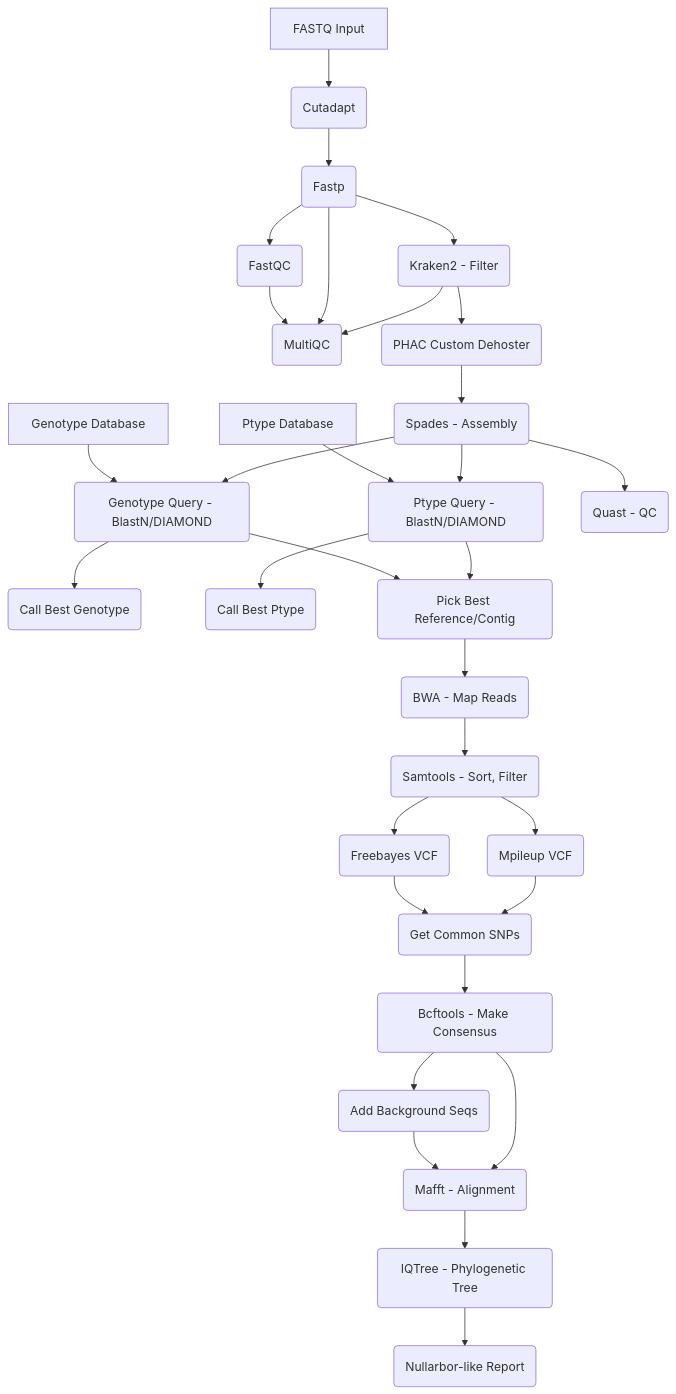
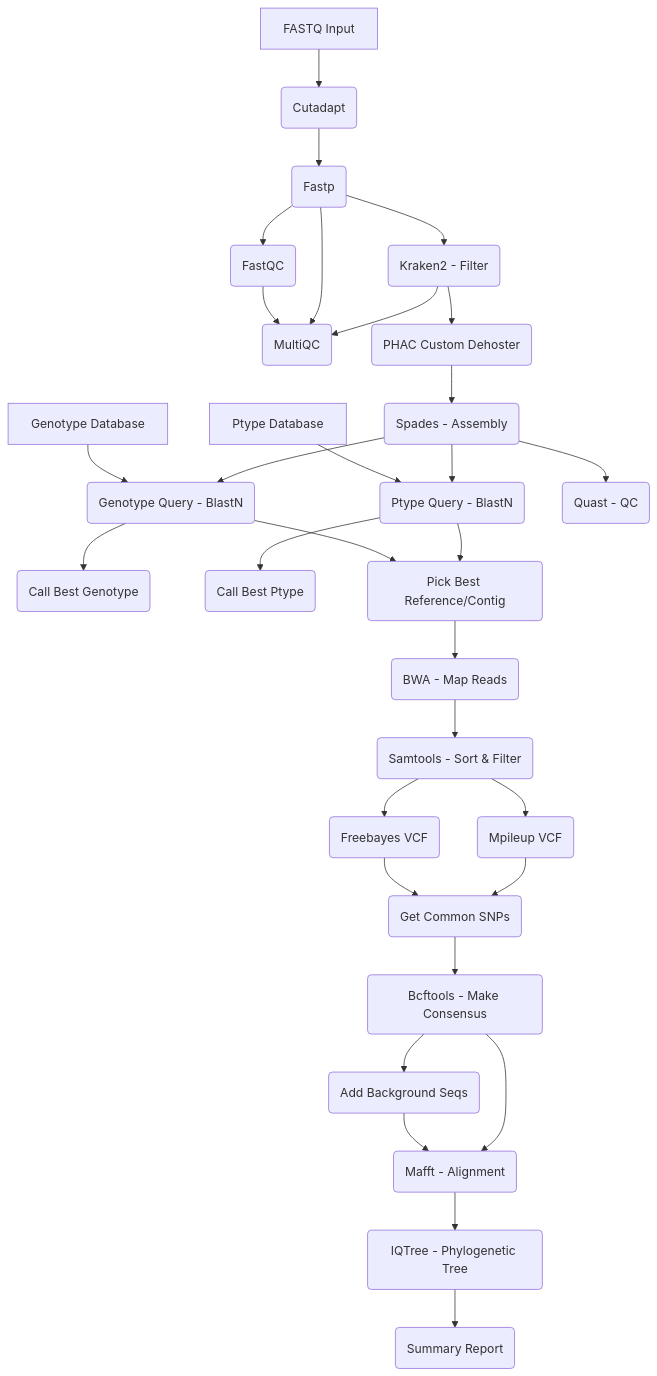
Before and after one commit to BCCDC-PHL/noro-typing-nf: the diagram in README.md, drawn with Mermaid. The commit also changed other lines of this file, not shown here.

````diff
--- a/README.md
+++ b/README.md
@@ -4,35 +21,35 @@
 ```mermaid
 graph TD
 A[FASTQ Input]  --> AA(Cutadapt)
 AA --> D(Fastp)
 D--> B(FastQC)
 B --> C(MultiQC) 
 D --> C
 D --> G(Kraken2 - Filter)
 G --> C
 G --> I(PHAC Custom Dehoster)
 I --> J(Spades - Assembly)
-X[Genotype Database] --> K(Genotype Query - BlastN/DIAMOND)
-Y[Ptype Database] --> KA(Ptype Query - BlastN/DIAMOND)
+X[Genotype Database] --> K(Genotype Query - BlastN)
+Y[Ptype Database] --> KA(Ptype Query - BlastN)
 K --> KC(Call Best Genotype)
 KA --> KD(Call Best Ptype)
 K --> KE(Pick Best Reference/Contig)
 KA --> KE
 J --> K
 J --> KA
 J --> KB(Quast - QC)
 KE --> M(BWA - Map Reads)
-M --> N(Samtools - Sort, Filter)
+M --> N(Samtools - Sort & Filter)
 N --> OA(Freebayes VCF)
 N --> OB(Mpileup VCF)
 OA --> P(Get Common SNPs)
 OB --> P
 P --> Q(Bcftools - Make Consensus)
 Q --> QA(Add Background Seqs)
 QA --> R(Mafft - Alignment)
 Q --> R
 R --> T(IQTree - Phylogenetic Tree)
-T --> U(Nullarbor-like Report)
+T --> U(Summary Report)
 
 
 ```
````
